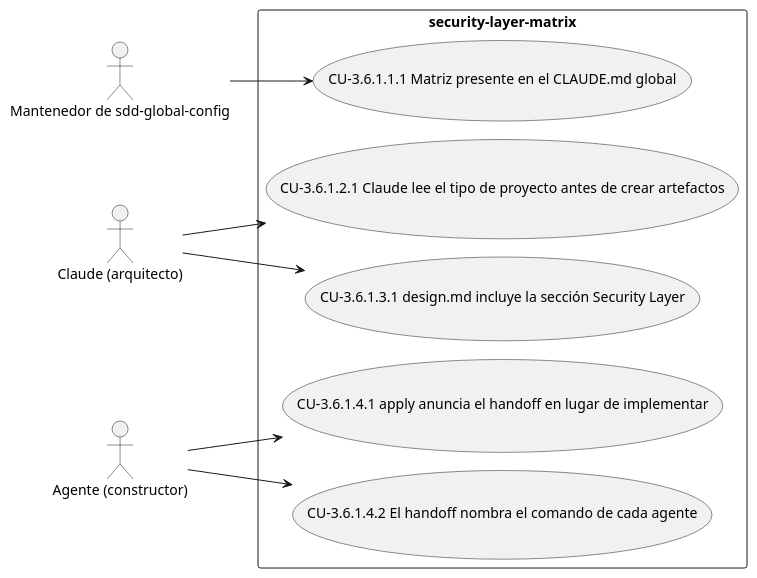
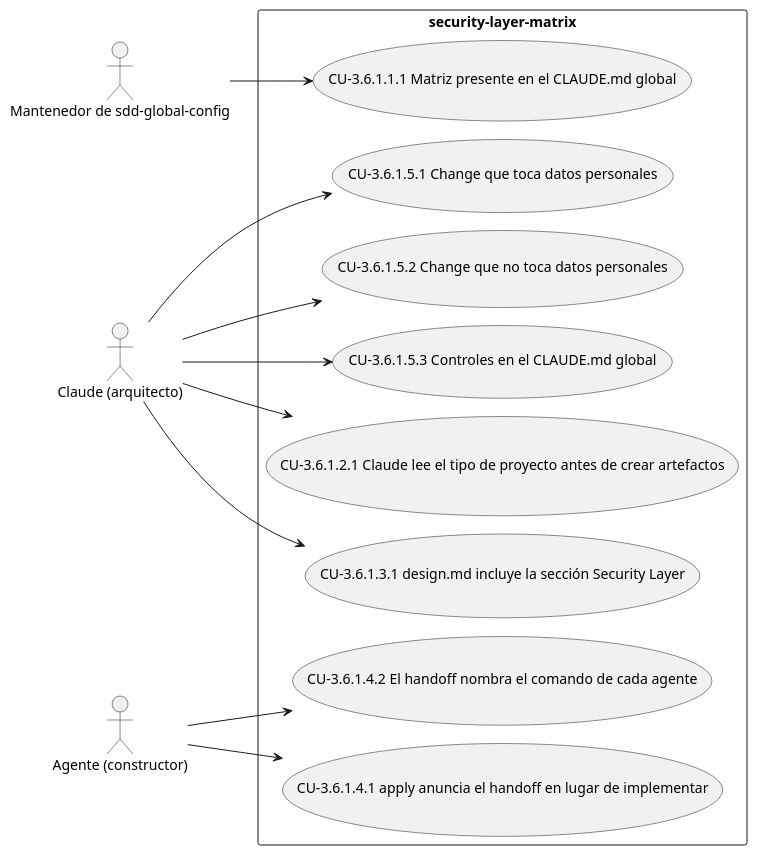
The diagram in docs/diagramas/CAP-3.6.1.puml (Lautaro-Montecchiani/sdd-global-config), drawn with PlantUML before and after one commit. The commit also changed 8 other files, not shown here.

```diff
--- a/docs/diagramas/CAP-3.6.1.puml
+++ b/docs/diagramas/CAP-3.6.1.puml
@@ -1,19 +1,25 @@
 @startuml
 !pragma layout smetana
 left to right direction
 actor "Mantenedor de sdd-global-config" as A1
 actor "Claude (arquitecto)" as A2
 actor "Agente (constructor)" as A3
 rectangle "security-layer-matrix" {
   usecase "CU-3.6.1.1.1 Matriz presente en el CLAUDE.md global" as UC_3_6_1_1_1
   usecase "CU-3.6.1.2.1 Claude lee el tipo de proyecto antes de crear artefactos" as UC_3_6_1_2_1
   usecase "CU-3.6.1.3.1 design.md incluye la sección Security Layer" as UC_3_6_1_3_1
   usecase "CU-3.6.1.4.1 apply anuncia el handoff en lugar de implementar" as UC_3_6_1_4_1
   usecase "CU-3.6.1.4.2 El handoff nombra el comando de cada agente" as UC_3_6_1_4_2
+  usecase "CU-3.6.1.5.1 Change que toca datos personales" as UC_3_6_1_5_1
+  usecase "CU-3.6.1.5.2 Change que no toca datos personales" as UC_3_6_1_5_2
+  usecase "CU-3.6.1.5.3 Controles en el CLAUDE.md global" as UC_3_6_1_5_3
 }
 A1 --> UC_3_6_1_1_1
 A2 --> UC_3_6_1_2_1
 A2 --> UC_3_6_1_3_1
 A3 --> UC_3_6_1_4_1
 A3 --> UC_3_6_1_4_2
+A2 --> UC_3_6_1_5_1
+A2 --> UC_3_6_1_5_2
+A2 --> UC_3_6_1_5_3
 @enduml
```
